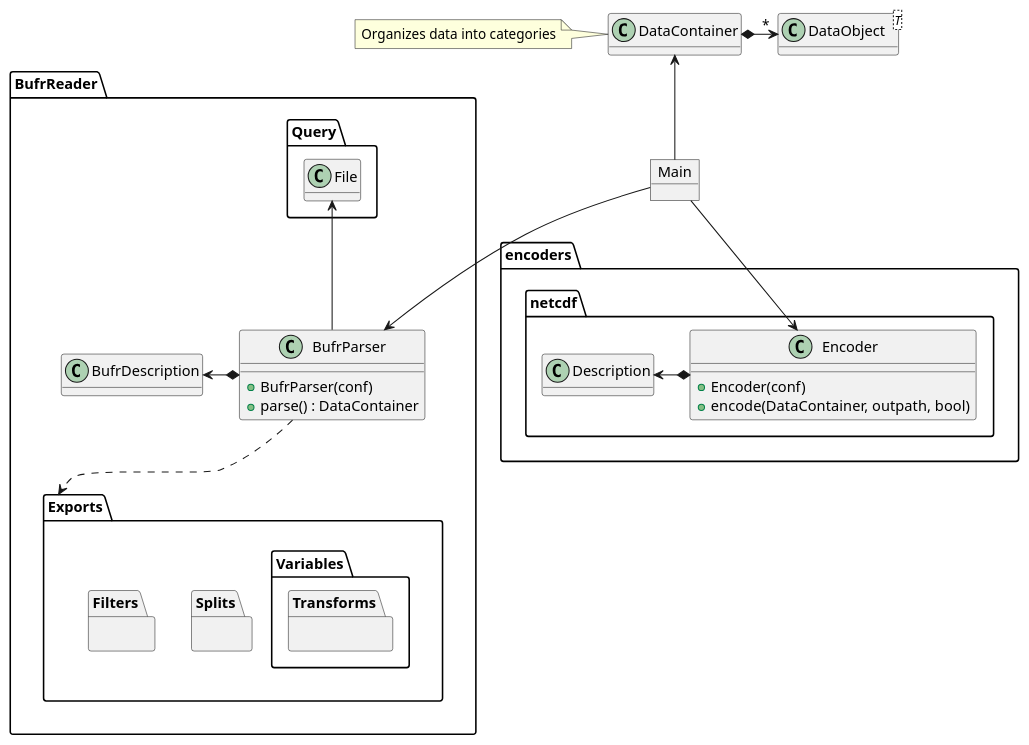
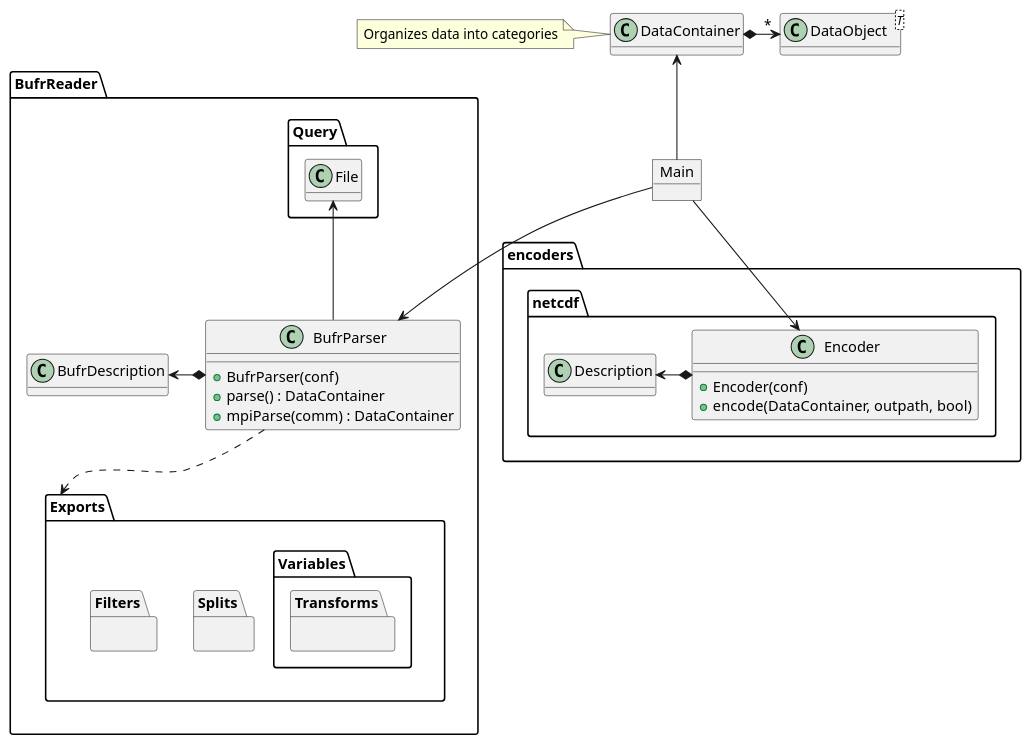
One commit to NOAA-EMC/bufr-query changed the diagram in docs/uml/BUFR_BigPicture.puml. Above: the diagram before and after it, drawn with PlantUML. The commit also changed 1 other file, not shown here.

```diff
--- a/docs/uml/BUFR_BigPicture.puml
+++ b/docs/uml/BUFR_BigPicture.puml
@@ -1,86 +1,87 @@
 @startuml
 hide empty methods
 skinparam dpi 100
 
 object Main
 
 
 class DataObject<T>
 {
   
 }
 
 class DataContainer
 {
   
 }
 note left: Organizes data into categories
 
 
 package BufrReader <<Folder>>
 {
   package Query <<Folder>> 
   {
     class File
     {
     }
   }
 
   class BufrParser
   {
     +BufrParser(conf)
     +parse() : DataContainer
+    +mpiParse(comm) : DataContainer
   }
 
   class BufrDescription
   {
   }
 
   package Exports <<Folder>>
   {
     package Splits
     {
     }
 
     package Filters
     {
     }
 
     package Variables
     {
       package Transforms
       {
       }
     }
   }
 }
 
 package encoders <<Folder>>
 {
     package netcdf <<Folder>>
     {
       class Encoder
       {
         +Encoder(conf)
         +encode(DataContainer, outpath, bool)
       }
 
       class Description
       {
       }
      }
 }
 
 
 Main --> BufrParser
 Main --> Encoder
 DataContainer <-- Main
 
 File <-- BufrParser
 BufrDescription <-* BufrParser
 Description <-* Encoder
 BufrParser ..> Exports
 
 DataContainer *-> "*" DataObject
 
 @enduml
```
